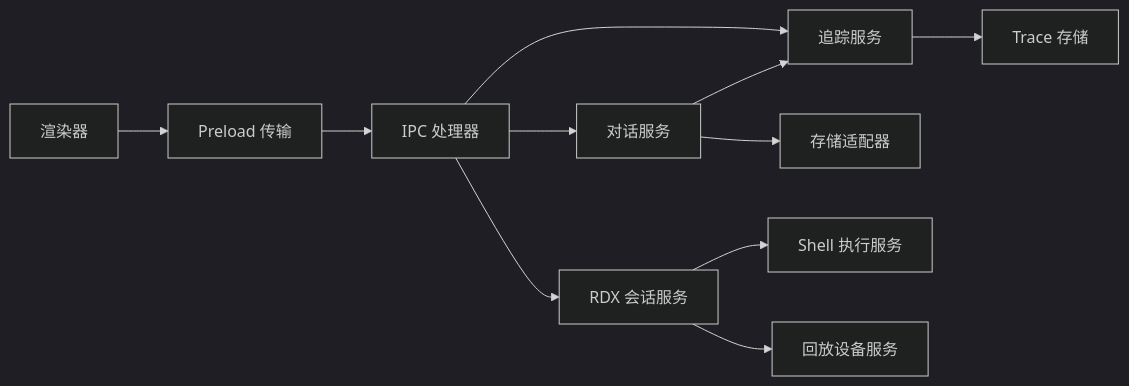
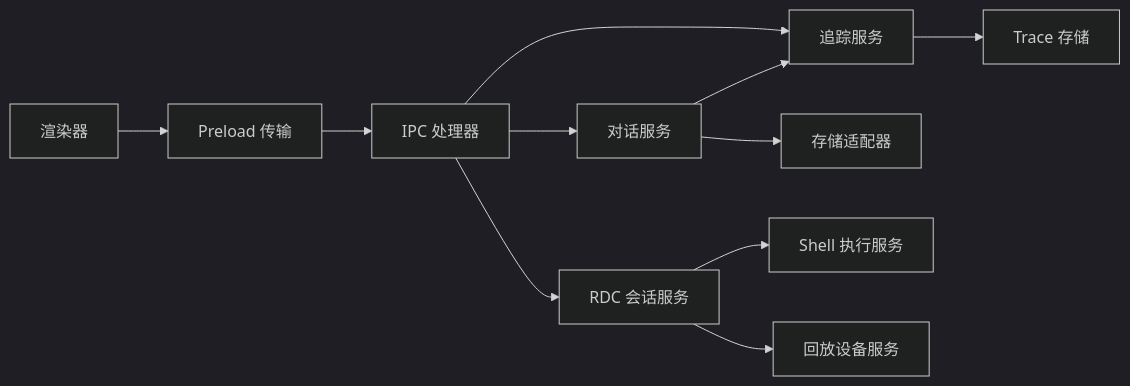
One commit to haolange/RDC-Agent changed the eighth of 10 diagrams in .qoder/repowiki/zh/content/架构设计/数据流设计.md. Above: the diagram before and after it, drawn with Mermaid (dark theme). The commit also changed other lines of this file and 557 other files, not shown here.

````diff
--- a/.qoder/repowiki/zh/content/架构设计/数据流设计.md
+++ b/.qoder/repowiki/zh/content/架构设计/数据流设计.md
@@ -322,13 +322,13 @@
 ```mermaid
 graph LR
 Renderer["渲染器"] --> Preload["Preload 传输"]
 Preload --> IPC["IPC 处理器"]
 IPC --> Conv["对话服务"]
-IPC --> RDX["RDX 会话服务"]
+IPC --> RDC["RDC 会话服务"]
 IPC --> Trace["追踪服务"]
 Conv --> Store["存储适配器"]
 Conv --> Trace
-RDX --> Shell["Shell 执行服务"]
-RDX --> Device["回放设备服务"]
+RDC --> Shell["Shell 执行服务"]
+RDC --> Device["回放设备服务"]
 Trace --> Stores["Trace 存储"]
 ```
````
